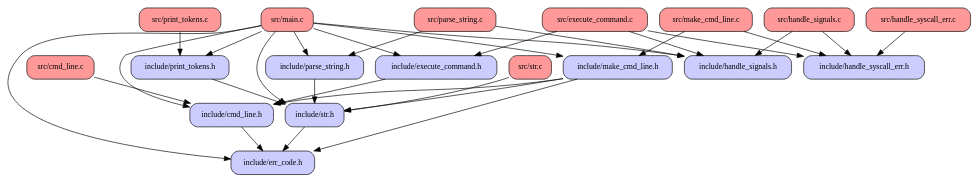
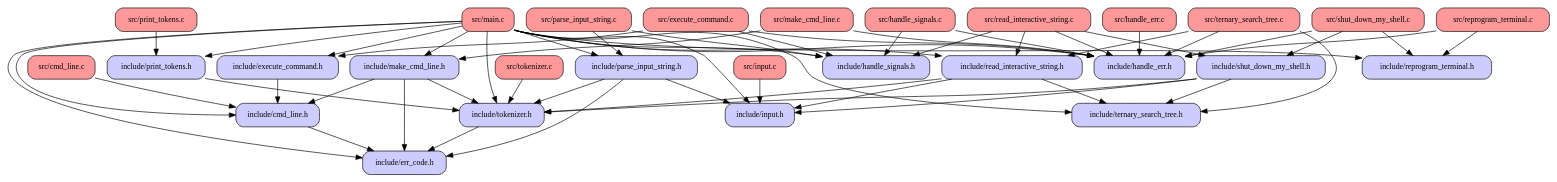
One commit to FyodorPotseluev/my_shell changed the diagram in modules_interdependency.dot. Above: the diagram before and after it, drawn with Graphviz. The commit also changed 35 other files, not shown here.

```diff
--- a/modules_interdependency.dot
+++ b/modules_interdependency.dot
@@ -1,56 +1,92 @@
 digraph codeviz {
     splines=true
     sep="+15,15"
     overlap=scalexy
 
     node [shape=Mrecord, fontsize=12]
 
-    node [fillcolor="#ccccff", style=filled] "include/cmd_line.h"           [label = "include/cmd_line.h"]
-    node [fillcolor="#ccccff", style=filled] "include/err_code.h"           [label = "include/err_code.h"]
-    node [fillcolor="#ccccff", style=filled] "include/execute_command.h"    [label = "include/execute_command.h"]
-    node [fillcolor="#ccccff", style=filled] "include/handle_signals.h"     [label = "include/handle_signals.h"]
-    node [fillcolor="#ccccff", style=filled] "include/handle_syscall_err.h" [label = "include/handle_syscall_err.h"]
-    node [fillcolor="#ccccff", style=filled] "include/make_cmd_line.h"      [label = "include/make_cmd_line.h"]
-    node [fillcolor="#ccccff", style=filled] "include/parse_string.h"       [label = "include/parse_string.h"]
-    node [fillcolor="#ccccff", style=filled] "include/print_tokens.h"       [label = "include/print_tokens.h"]
-    node [fillcolor="#ccccff", style=filled] "include/str.h"                [label = "include/str.h"]
-    node [fillcolor="#ff9999", style=filled] "src/cmd_line.c"               [label = "src/cmd_line.c"]
-    node [fillcolor="#ff9999", style=filled] "src/execute_command.c"        [label = "src/execute_command.c"]
-    node [fillcolor="#ff9999", style=filled] "src/handle_signals.c"         [label = "src/handle_signals.c"]
-    node [fillcolor="#ff9999", style=filled] "src/handle_syscall_err.c"     [label = "src/handle_syscall_err.c"]
-    node [fillcolor="#ff9999", style=filled] "src/main.c"                   [label = "src/main.c"]
-    node [fillcolor="#ff9999", style=filled] "src/make_cmd_line.c"          [label = "src/make_cmd_line.c"]
-    node [fillcolor="#ff9999", style=filled] "src/parse_string.c"           [label = "src/parse_string.c"]
-    node [fillcolor="#ff9999", style=filled] "src/print_tokens.c"           [label = "src/print_tokens.c"]
-    node [fillcolor="#ff9999", style=filled] "src/str.c"                    [label = "src/str.c"]
+    node [fillcolor="#ccccff", style=filled] "include/cmd_line.h"                [label = "include/cmd_line.h"]
+    node [fillcolor="#ccccff", style=filled] "include/err_code.h"                [label = "include/err_code.h"]
+    node [fillcolor="#ccccff", style=filled] "include/execute_command.h"         [label = "include/execute_command.h"]
+    node [fillcolor="#ccccff", style=filled] "include/handle_err.h"              [label = "include/handle_err.h"]
+    node [fillcolor="#ccccff", style=filled] "include/handle_signals.h"          [label = "include/handle_signals.h"]
+    node [fillcolor="#ccccff", style=filled] "include/input.h"                   [label = "include/input.h"]
+    node [fillcolor="#ccccff", style=filled] "include/make_cmd_line.h"           [label = "include/make_cmd_line.h"]
+    node [fillcolor="#ccccff", style=filled] "include/parse_input_string.h"      [label = "include/parse_input_string.h"]
+    node [fillcolor="#ccccff", style=filled] "include/print_tokens.h"            [label = "include/print_tokens.h"]
+    node [fillcolor="#ccccff", style=filled] "include/read_interactive_string.h" [label = "include/read_interactive_string.h"]
+    node [fillcolor="#ccccff", style=filled] "include/reprogram_terminal.h"      [label = "include/reprogram_terminal.h"]
+    node [fillcolor="#ccccff", style=filled] "include/shut_down_my_shell.h"      [label = "include/shut_down_my_shell.h"]
+    node [fillcolor="#ccccff", style=filled] "include/ternary_search_tree.h"     [label = "include/ternary_search_tree.h"]
+    node [fillcolor="#ccccff", style=filled] "include/tokenizer.h"               [label = "include/tokenizer.h"]
+    node [fillcolor="#ff9999", style=filled] "src/cmd_line.c"                    [label = "src/cmd_line.c"]
+    node [fillcolor="#ff9999", style=filled] "src/execute_command.c"             [label = "src/execute_command.c"]
+    node [fillcolor="#ff9999", style=filled] "src/handle_err.c"                  [label = "src/handle_err.c"]
+    node [fillcolor="#ff9999", style=filled] "src/handle_signals.c"              [label = "src/handle_signals.c"]
+    node [fillcolor="#ff9999", style=filled] "src/input.c"                       [label = "src/input.c"]
+    node [fillcolor="#ff9999", style=filled] "src/main.c"                        [label = "src/main.c"]
+    node [fillcolor="#ff9999", style=filled] "src/make_cmd_line.c"               [label = "src/make_cmd_line.c"]
+    node [fillcolor="#ff9999", style=filled] "src/parse_input_string.c"          [label = "src/parse_input_string.c"]
+    node [fillcolor="#ff9999", style=filled] "src/print_tokens.c"                [label = "src/print_tokens.c"]
+    node [fillcolor="#ff9999", style=filled] "src/read_interactive_string.c"     [label = "src/read_interactive_string.c"]
+    node [fillcolor="#ff9999", style=filled] "src/reprogram_terminal.c"          [label = "src/reprogram_terminal.c"]
+    node [fillcolor="#ff9999", style=filled] "src/shut_down_my_shell.c"          [label = "src/shut_down_my_shell.c"]
+    node [fillcolor="#ff9999", style=filled] "src/ternary_search_tree.c"         [label = "src/ternary_search_tree.c"]
+    node [fillcolor="#ff9999", style=filled] "src/tokenizer.c"                   [label = "src/tokenizer.c"]
 
-    "include/cmd_line.h"           -> "include/err_code.h"
-    "include/execute_command.h"    -> "include/cmd_line.h"
-    "include/make_cmd_line.h"      -> "include/cmd_line.h"
-    "include/make_cmd_line.h"      -> "include/err_code.h"
-    "include/make_cmd_line.h"      -> "include/str.h"
-    "include/parse_string.h"       -> "include/str.h"
-    "include/print_tokens.h"       -> "include/str.h"
-    "include/str.h"                -> "include/err_code.h"
-    "src/cmd_line.c"               -> "include/cmd_line.h"
-    "src/execute_command.c"        -> "include/execute_command.h"
-    "src/execute_command.c"        -> "include/handle_syscall_err.h"
-    "src/execute_command.c"        -> "include/handle_signals.h"
-    "src/handle_signals.c"         -> "include/handle_signals.h"
-    "src/handle_signals.c"         -> "include/handle_syscall_err.h"
-    "src/handle_syscall_err.c"     -> "include/handle_syscall_err.h"
-    "src/main.c"                   -> "include/cmd_line.h"
-    "src/main.c"                   -> "include/err_code.h"
-    "src/main.c"                   -> "include/make_cmd_line.h"
-    "src/main.c"                   -> "include/execute_command.h"
-    "src/main.c"                   -> "include/print_tokens.h"
-    "src/main.c"                   -> "include/handle_signals.h"
-    "src/main.c"                   -> "include/parse_string.h"
-    "src/main.c"                   -> "include/str.h"
-    "src/make_cmd_line.c"          -> "include/make_cmd_line.h"
-    "src/make_cmd_line.c"          -> "include/handle_syscall_err.h"
-    "src/parse_string.c"           -> "include/parse_string.h"
-    "src/parse_string.c"           -> "include/handle_signals.h"
-    "src/print_tokens.c"           -> "include/print_tokens.h"
-    "src/str.c"                    -> "include/str.h"
+    "include/cmd_line.h"                -> "include/err_code.h"
+    "include/execute_command.h"         -> "include/cmd_line.h"
+    "include/make_cmd_line.h"           -> "include/cmd_line.h"
+    "include/make_cmd_line.h"           -> "include/err_code.h"
+    "include/make_cmd_line.h"           -> "include/tokenizer.h"
+    "include/parse_input_string.h"      -> "include/err_code.h"
+    "include/parse_input_string.h"      -> "include/input.h"
+    "include/parse_input_string.h"      -> "include/tokenizer.h"
+    "include/print_tokens.h"            -> "include/tokenizer.h"
+    "include/read_interactive_string.h" -> "include/input.h"
+    "include/read_interactive_string.h" -> "include/ternary_search_tree.h"
+    "include/read_interactive_string.h" -> "include/tokenizer.h"
+    "include/shut_down_my_shell.h"      -> "include/input.h"
+    "include/shut_down_my_shell.h"      -> "include/ternary_search_tree.h"
+    "include/shut_down_my_shell.h"      -> "include/tokenizer.h"
+    "include/tokenizer.h"               -> "include/err_code.h"
+    "src/cmd_line.c"                    -> "include/cmd_line.h"
+    "src/execute_command.c"             -> "include/execute_command.h"
+    "src/execute_command.c"             -> "include/handle_err.h"
+    "src/execute_command.c"             -> "include/handle_signals.h"
+    "src/handle_err.c"                  -> "include/handle_err.h"
+    "src/handle_signals.c"              -> "include/handle_signals.h"
+    "src/handle_signals.c"              -> "include/handle_err.h"
+    "src/input.c"                       -> "include/input.h"
+    "src/main.c"                        -> "include/cmd_line.h"
+    "src/main.c"                        -> "include/err_code.h"
+    "src/main.c"                        -> "include/handle_err.h"
+    "src/main.c"                        -> "include/make_cmd_line.h"
+    "src/main.c"                        -> "include/execute_command.h"
+    "src/main.c"                        -> "include/print_tokens.h"
+    "src/main.c"                        -> "include/handle_signals.h"
+    "src/main.c"                        -> "include/input.h"
+    "src/main.c"                        -> "include/parse_input_string.h"
+    "src/main.c"                        -> "include/read_interactive_string.h"
+    "src/main.c"                        -> "include/reprogram_terminal.h"
+    "src/main.c"                        -> "include/ternary_search_tree.h"
+    "src/main.c"                        -> "include/tokenizer.h"
+    "src/make_cmd_line.c"               -> "include/make_cmd_line.h"
+    "src/make_cmd_line.c"               -> "include/handle_err.h"
+    "src/parse_input_string.c"          -> "include/parse_input_string.h"
+    "src/parse_input_string.c"          -> "include/handle_signals.h"
+    "src/print_tokens.c"                -> "include/print_tokens.h"
+    "src/read_interactive_string.c"     -> "include/read_interactive_string.h"
+    "src/read_interactive_string.c"     -> "include/handle_signals.h"
+    "src/read_interactive_string.c"     -> "include/handle_err.h"
+    "src/read_interactive_string.c"     -> "include/shut_down_my_shell.h"
+    "src/reprogram_terminal.c"          -> "include/reprogram_terminal.h"
+    "src/reprogram_terminal.c"          -> "include/handle_err.h"
+    "src/shut_down_my_shell.c"          -> "include/shut_down_my_shell.h"
+    "src/shut_down_my_shell.c"          -> "include/reprogram_terminal.h"
+    "src/shut_down_my_shell.c"          -> "include/handle_err.h"
+    "src/ternary_search_tree.c"         -> "include/ternary_search_tree.h"
+    "src/ternary_search_tree.c"         -> "include/read_interactive_string.h"
+    "src/ternary_search_tree.c"         -> "include/handle_err.h"
+    "src/tokenizer.c"                   -> "include/tokenizer.h"
 }
```
